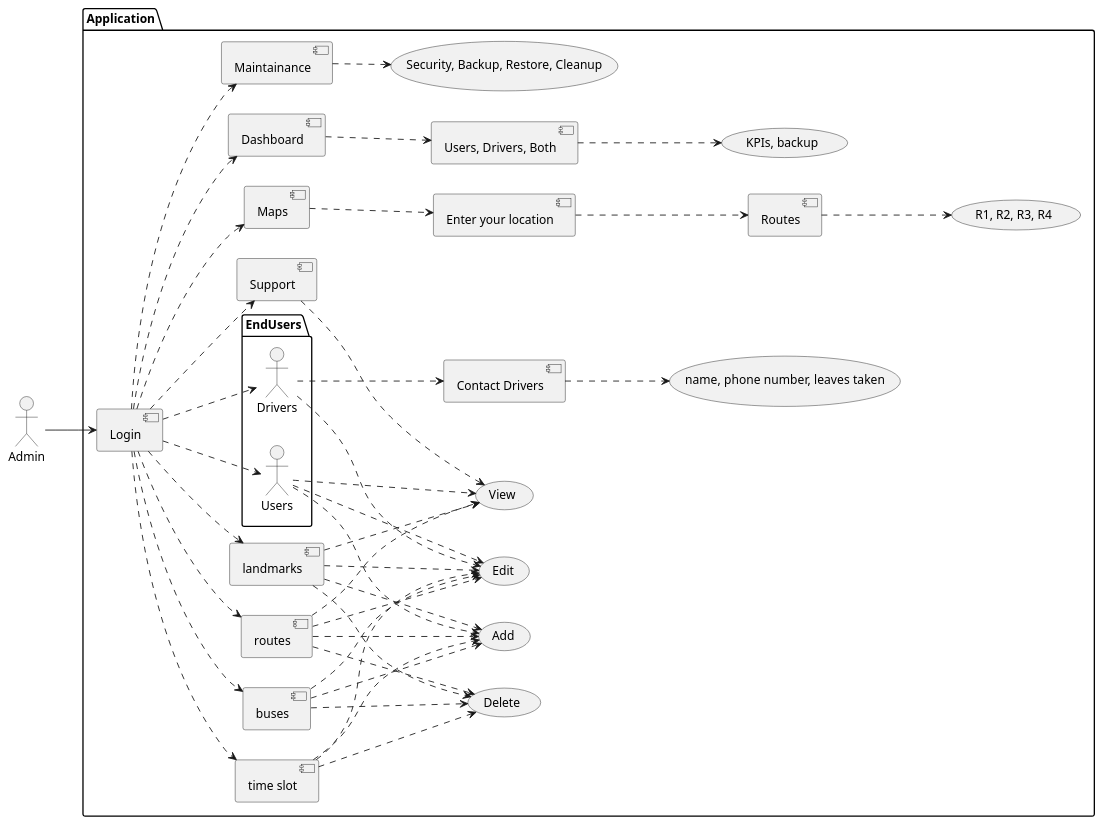
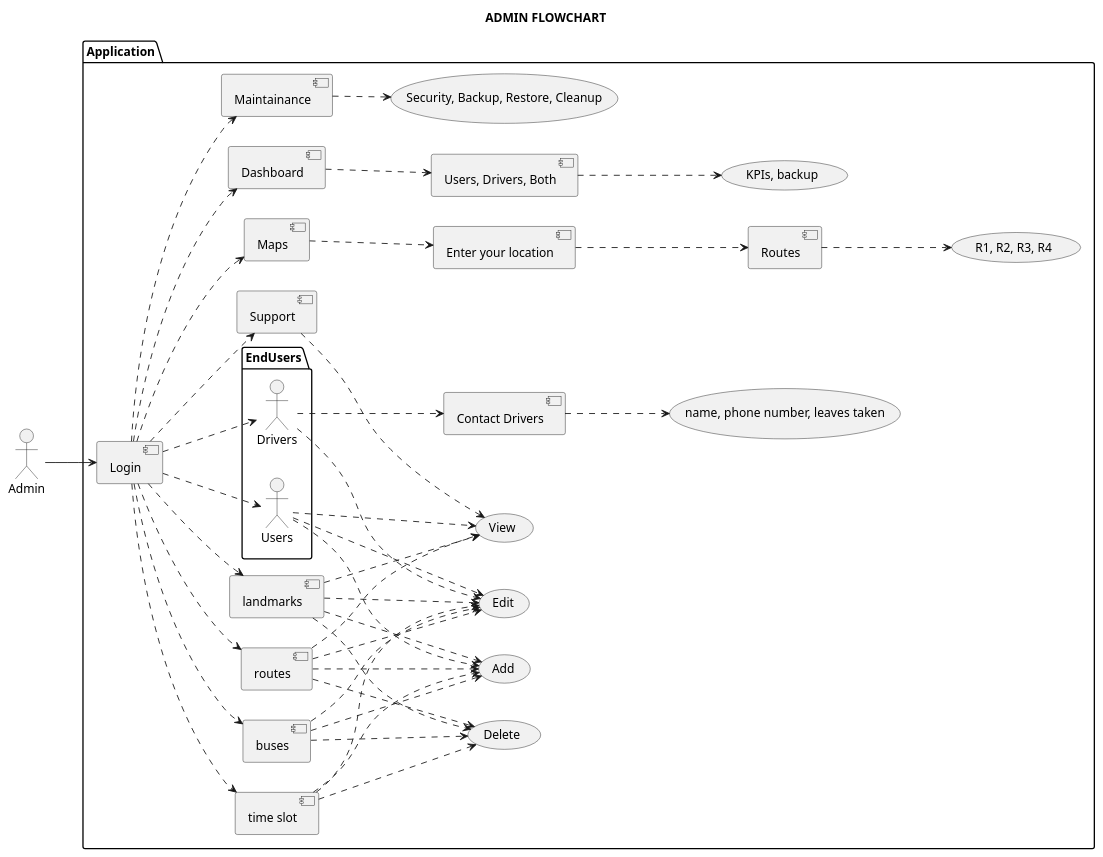
Before and after one commit to Krishnaa-tech/BuzzMaps: the diagram in Flowcharts/adminflowchart.puml, drawn with PlantUML.

```diff
--- a/Flowcharts/adminflowchart.puml
+++ b/Flowcharts/adminflowchart.puml
@@ -1,139 +1,139 @@
 @startuml Admin
-
+title ADMIN FLOWCHART
 left to right direction 
 
 ' :User: <-- (Use)
 ' "Main Admin" as Admin
 ' "Use the application" as (Use)
 ' (Use) <-- Admin  : Use the appliction by admin
 
 
 actor Admin
 
 ' User_Details..User
 
 
 
 package Application{
   package EndUsers{
     actor Drivers
     actor Users
 }
   usecase "Login" as [loginpage]
 
 
   ' usecase "Routes" as showroutes
   ' usecase "Shifts" as showshifts
   ' usecase "Landmarks" as showlandmarks
   ' usecase "Buses" as showbuses
   ' usecase "ETA" as eta
 '   usecase "ETR" as etr
 '   usecase "Support" as ticketsupport
 '   usecase "Contact Driver" as contactdriver
 
 
 
   'Routes
   [loginpage]..> [routes]
   [routes]..> (Delete)
   [routes] ..> (Edit)
   [routes]..> (Add)
   [routes]..> (View)
 
 
   'Landslots
   [loginpage]..> [landmarks]
   [landmarks]..> [Delete]
   [landmarks]..> [Edit]
   [landmarks]..> [Add]
   [landmarks]..> (View)
 
 
   'Time Slots
   [loginpage]..> [time slot]
   [time slot]..> [Delete]
   [time slot]..> [Edit]
   [time slot]..> [Add]
 
 
 
   'Buses
   [loginpage]..> [buses]
   [buses]..> [Delete]
   [buses]..> [Edit]
   [buses]..> [Add]
 
   'Analytics report
   [loginpage]..> [Dashboard]
   [Dashboard]..> [Users, Drivers, Both]
   [Users, Drivers, Both]..>(KPIs, backup)
 
   
 
   'Maintainance
   [loginpage]..> [Maintainance]
   [Maintainance]..> (Security, Backup, Restore, Cleanup)
 
   'users
   [loginpage]..> [Users]
   [Users]..> [Add]
   [Users]..> [Edit]
   [Users]..>[View]
   
   
   
   [loginpage]..> [Drivers]
   [Drivers]..>[Contact Drivers]
   [Contact Drivers]..> (name, phone number, leaves taken)
   [Drivers]..> [Edit]
   [loginpage]..> [Support]
   [Support]..> (View)
 
     'General Maps
     [loginpage]..> [Maps]
     [Maps]..>[Enter your location]
     [Enter your location]..>[Routes]
     [Routes]..>(R1, R2, R3, R4)
 
 }
 
 
 
 
 
   ' (Routes Page)<--(Show Routes Button)
   ' (Shifts Page)<--(Show Shifts Button)
   ' (Landmarks Page)<--(Show Landmarks Button)
   ' (LoginPage)-.->[login]<-(Users,Drivers)->.Driver/User Login)
   ' .-.-.<|im_sep|>-.-.
   ' |    |<---------->|
 
 
 ' Drivers --> loginpage
 ' Drivers --> showroutes
 ' Drivers --> showshifts
 ' Drivers --> showlandmarks
 ' Drivers --> etr
 ' Drivers --> showbuses
 
 ' Users --> loginpage
 ' Users --> showroutes
 ' Users --> showshifts
 ' Users --> showlandmarks
 ' Users --> eta
 ' Users --> ticketsupport
 ' Users --> showbuses
 
 
  Admin --> loginpage
 ' Admin --> routes
 ' Admin --> shifts
 ' Admin --> landmarks
 ' Admin --> analytics_report
 ' Admin --> buses
 ' Admin --> etr
 ' Admin --> ticketsupport
 ' Admin --> contactdriver
 
 
 @enduml
```
